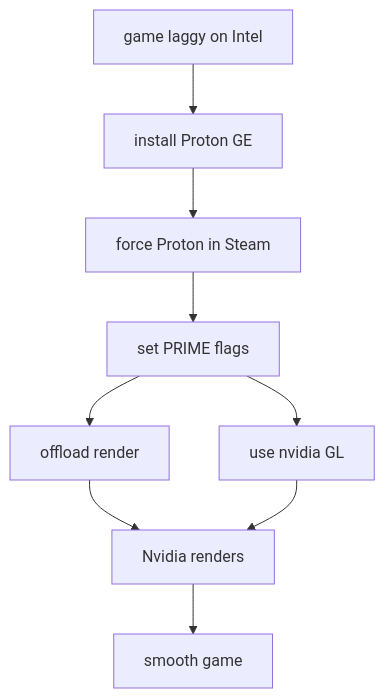
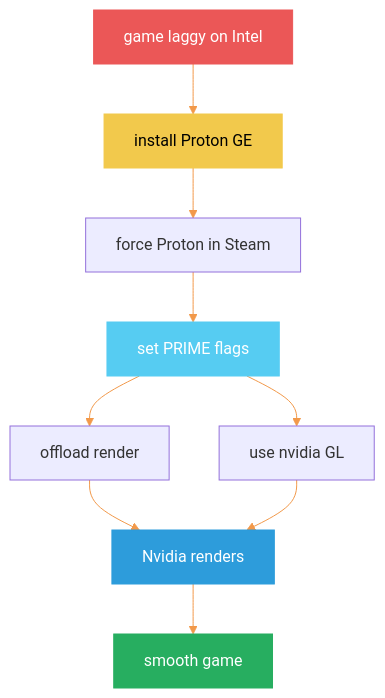
Before and after one commit to 444Nazky/My-Vault: the first of 5 diagrams in Graphs/Gaming-Diagrams.md, drawn with Mermaid. The commit also changed other lines of this file and 15 other files, not shown here.

````diff
--- a/Graphs/Gaming-Diagrams.md
+++ b/Graphs/Gaming-Diagrams.md
@@ -6,11 +6,17 @@
 ```mermaid
+%%{init: {'theme': 'default', 'themeVariables': { 'primaryColor': '#F2994A', 'lineColor': '#F2994A'}}}%%
 flowchart TD
  A["game laggy on Intel"] --> B["install Proton GE"]
  B --> C["force Proton in Steam"]
  C --> D["set PRIME flags"]
  D --> E["offload render"]
  D --> F["use nvidia GL"]
  E --> H["Nvidia renders"]
  F --> H
  H --> I["smooth game"]
+ style A fill:#EB5757,stroke:#EB5757,color:#fff
+ style B fill:#F2C94C,stroke:#F2C94C,color:#000
+ style D fill:#56CCF2,stroke:#56CCF2,color:#fff
+ style H fill:#2D9CDB,stroke:#2D9CDB,color:#fff
+ style I fill:#27AE60,stroke:#27AE60,color:#fff
 ```
````
